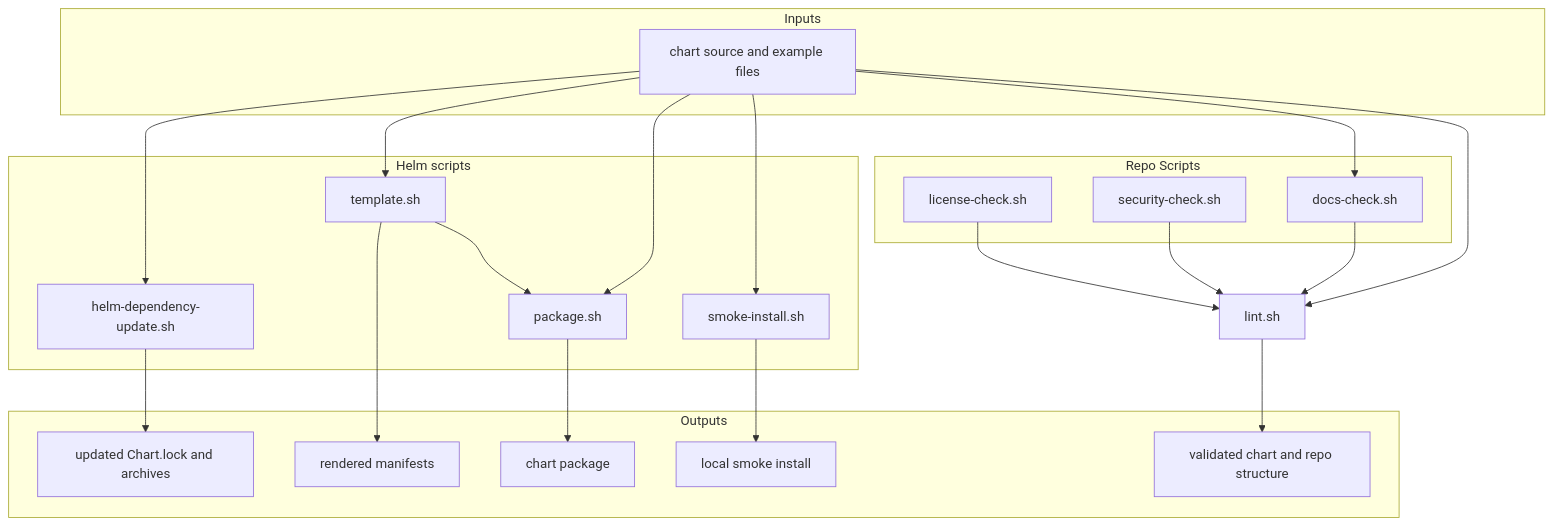
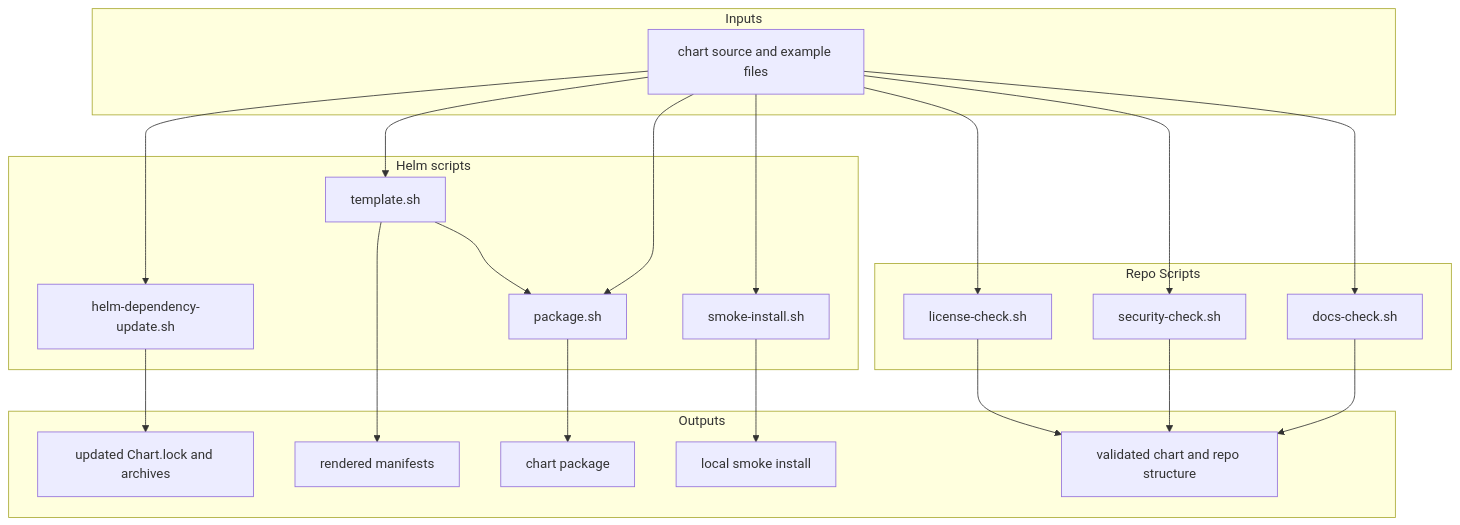
The diagram in scripts/README.md (sanger-pathogens/dlh-in-a-box-umbrella-helm-chart), drawn with Mermaid before and after one commit. The commit also changed other lines of this file and 2 other files, not shown here.

````diff
--- a/scripts/README.md
+++ b/scripts/README.md
@@ -6,43 +6,42 @@
 ```mermaid
 flowchart TD
   subgraph Inputs["Inputs"]
     Source[chart source and example files]
   end
 
   subgraph RepoScripts["Repo Scripts"]
     Docs[docs-check.sh]
     Security[security-check.sh]
     License[license-check.sh]
   end
   subgraph HelmScripts["Helm scripts"]
     Deps[helm-dependency-update.sh]
     Template[template.sh]
     Package[package.sh]
     Smoke[smoke-install.sh]
   end
-  Lint[lint.sh]
 
   subgraph Outputs["Outputs"]
     Lockfiles[updated Chart.lock and archives]
     Rendered[rendered manifests]
     PackageOut[chart package]
     SmokeRun[local smoke install]
     ValidatedChart[validated chart and repo structure]
   end
 
   Source --> Deps
   Source --> Docs
-  Source --> Lint
+  Source --> License
+  Source --> Security
   Source --> Template
   Source --> Package
   Source --> Smoke
   Deps --> Lockfiles
-  Docs --> Lint
-  Security --> Lint
-  License --> Lint
+  Docs --> ValidatedChart
+  Security --> ValidatedChart
+  License --> ValidatedChart
   Template --> Rendered
   Template --> Package
   Package --> PackageOut
   Smoke --> SmokeRun
-  Lint --> ValidatedChart
 ```
````
